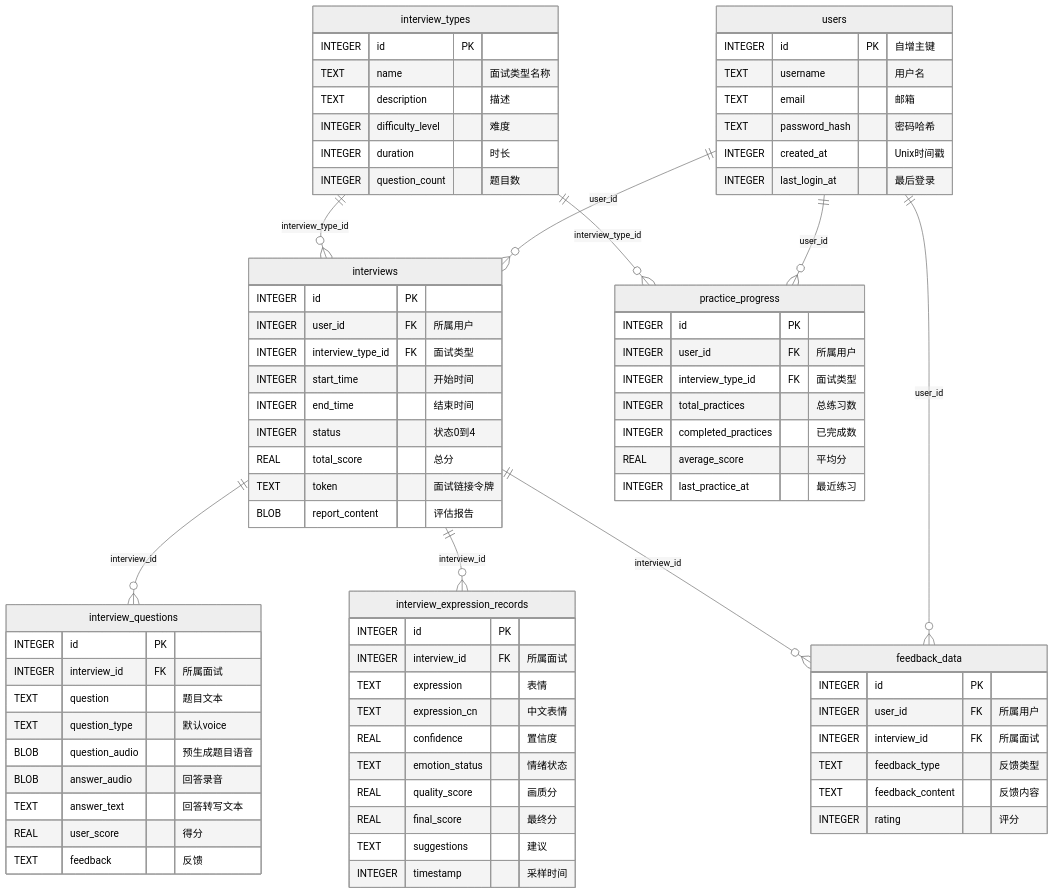
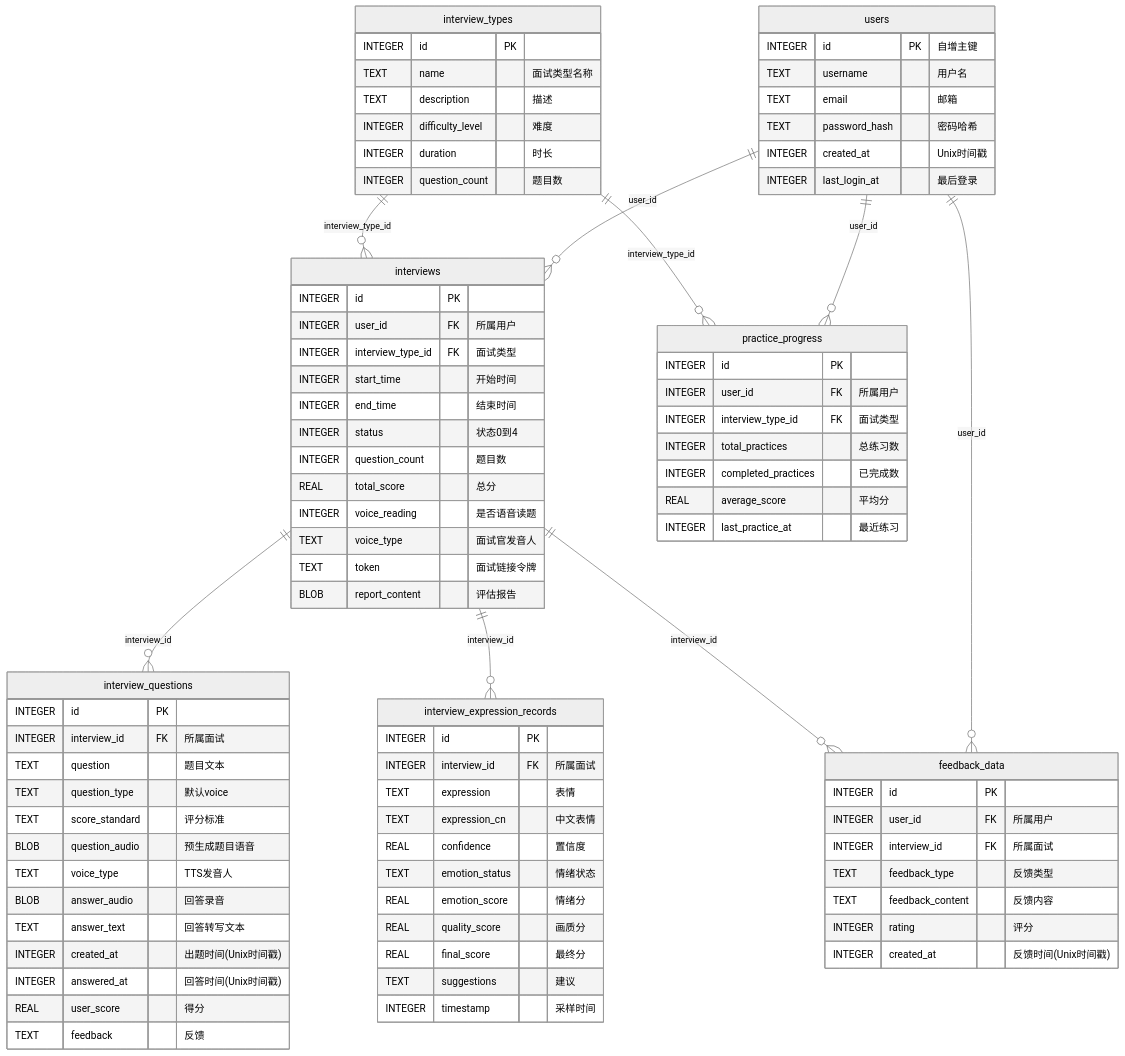
Before and after one commit to QWERTY-zjl/project-interview: the diagram in README.md, drawn with Mermaid (neutral theme). The commit also changed other lines of this file and 8 other files, not shown here.

````diff
--- a/README.md
+++ b/README.md
@@ -196,7 +200,10 @@
         INTEGER start_time "开始时间"
         INTEGER end_time "结束时间"
         INTEGER status "状态0到4"
+        INTEGER question_count "题目数"
         REAL total_score "总分"
+        INTEGER voice_reading "是否语音读题"
+        TEXT voice_type "面试官发音人"
         TEXT token "面试链接令牌"
         BLOB report_content "评估报告"
     }
@@ -205,9 +212,13 @@
         INTEGER interview_id FK "所属面试"
         TEXT question "题目文本"
         TEXT question_type "默认voice"
+        TEXT score_standard "评分标准"
         BLOB question_audio "预生成题目语音"
+        TEXT voice_type "TTS发音人"
         BLOB answer_audio "回答录音"
         TEXT answer_text "回答转写文本"
+        INTEGER created_at "出题时间(Unix时间戳)"
+        INTEGER answered_at "回答时间(Unix时间戳)"
         REAL user_score "得分"
         TEXT feedback "反馈"
     }
@@ -218,6 +229,7 @@
         TEXT expression_cn "中文表情"
         REAL confidence "置信度"
         TEXT emotion_status "情绪状态"
+        REAL emotion_score "情绪分"
         REAL quality_score "画质分"
         REAL final_score "最终分"
         TEXT suggestions "建议"
@@ -239,5 +251,6 @@
         TEXT feedback_type "反馈类型"
         TEXT feedback_content "反馈内容"
         INTEGER rating "评分"
+        INTEGER created_at "反馈时间(Unix时间戳)"
     }
 ```
````
